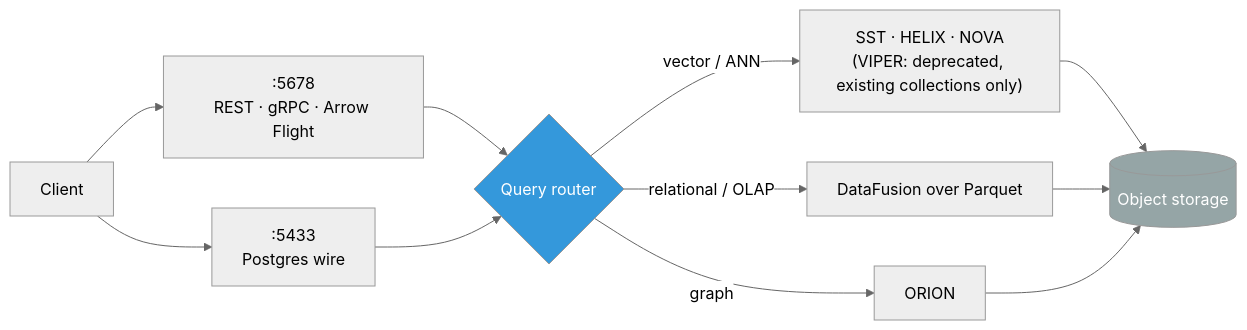
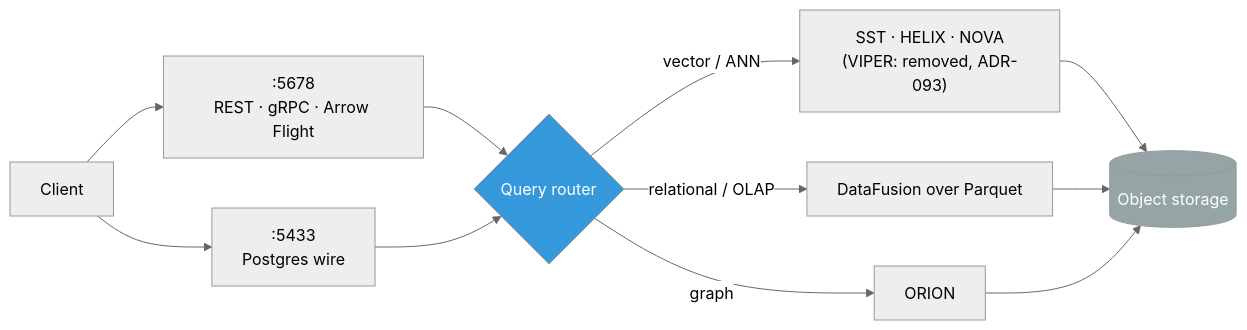
The diagram in docs/index.md (anvai-labs/proximaDB), drawn with Mermaid before and after one commit. The commit also changed 489 other files, not shown here.

First line of the commit message:
refactor(storage)!: remove the VIPER engine (ADR-093 stage 3 / TD-VIPER-1 S3) (#2571)

````diff
--- a/docs/index.md
+++ b/docs/index.md
@@ -5,16 +5,16 @@
 ```mermaid
 %%{init: {"theme": "neutral"}}%%
 flowchart LR
   C[Client] --> P[":5678<br/>REST · gRPC · Arrow Flight"]
   C --> Q[":5433<br/>Postgres wire"]
   P --> R{Query router}
   Q --> R
-  R -->|vector / ANN| V["SST · HELIX · NOVA<br/>(VIPER: deprecated, existing collections only)"]
+  R -->|vector / ANN| V["SST · HELIX · NOVA<br/>(VIPER: removed, ADR-093)"]
   R -->|relational / OLAP| D[DataFusion over Parquet]
   R -->|graph| G[ORION]
   V --> S[(Object storage)]
   D --> S
   G --> S
   style R fill:#3498db,color:#fff
   style S fill:#95a5a6,color:#fff
 ```
````
